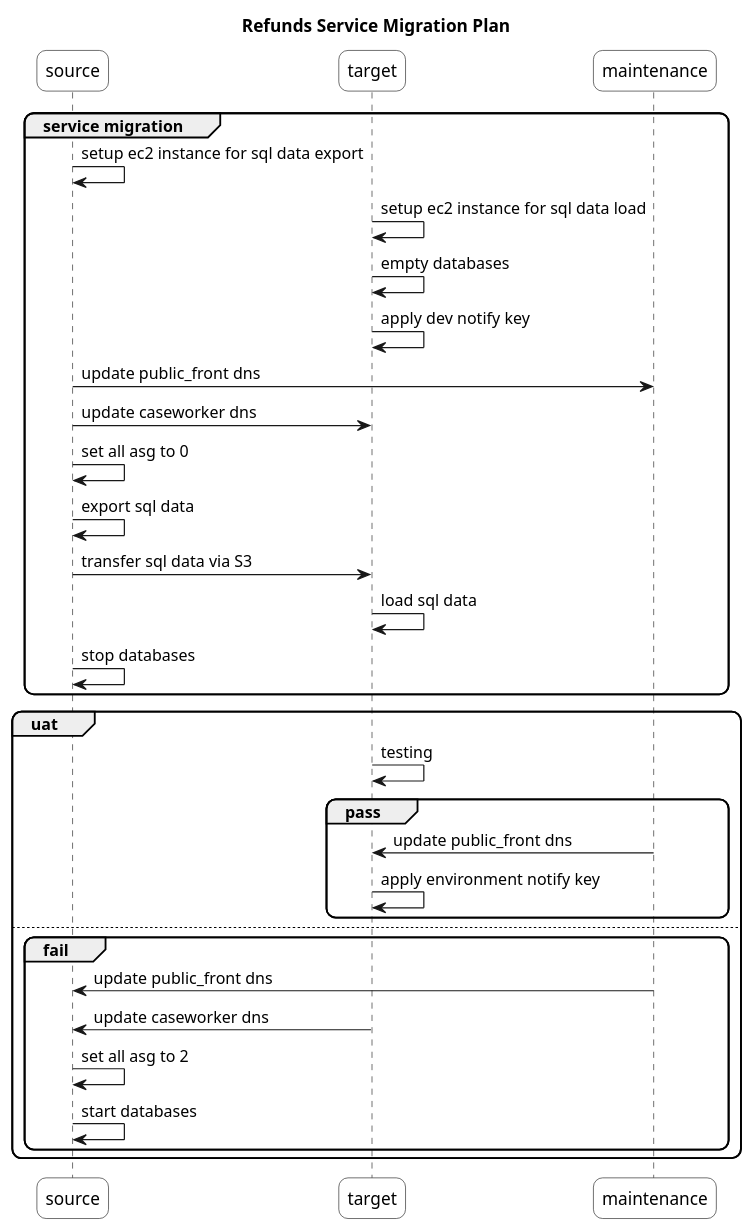
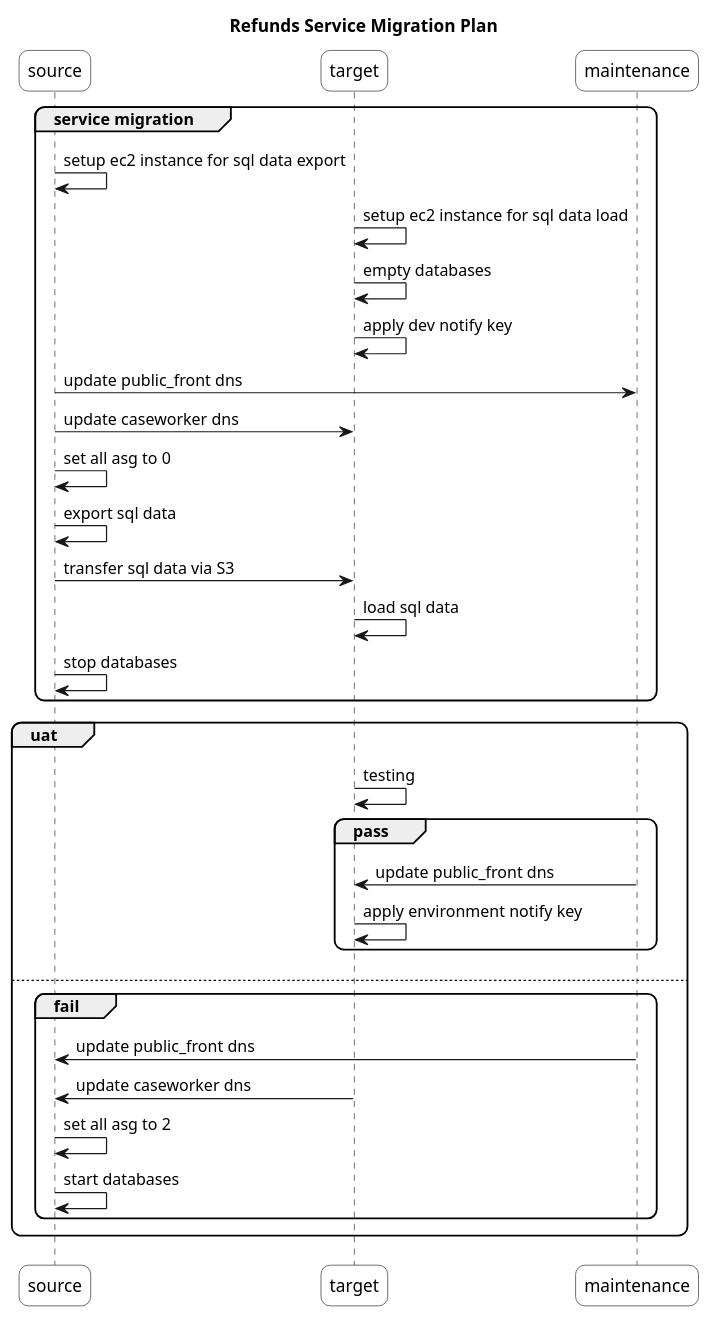
Before and after one commit to ministryofjustice/opg-refunds: the diagram in migration/migration.puml, drawn with PlantUML.

Commit message:
use pragma layout engine

```diff
--- a/migration/migration.puml
+++ b/migration/migration.puml
@@ -1,35 +1,36 @@
 @startuml
+!pragma teoz true
 skinparam RoundCorner 15
 skinparam ParticipantBackgroundColor white
 
 title Refunds Service Migration Plan
 group service migration
 
-  source -> source: setup ec2 instance for sql data export
-  target -> target: setup ec2 instance for sql data load
-  target -> target: empty databases
-  target -> target: apply dev notify key
-	source -> maintenance: update public_front dns
-  source -> target: update caseworker dns
-  source -> source: set all asg to 0
-  source -> source: export sql data
-  source -> target: transfer sql data via S3
-  target -> target: load sql data
-  source -> source: stop databases
+  source -> source : setup ec2 instance for sql data export
+  target -> target : setup ec2 instance for sql data load
+  target -> target : empty databases
+  target -> target : apply dev notify key
+	source -> maintenance : update public_front dns
+  source -> target : update caseworker dns
+  source -> source : set all asg to 0
+  source -> source : export sql data
+  source -> target : transfer sql data via S3
+  target -> target : load sql data
+  source -> source : stop databases
 end
 group uat
-  target -> target: testing
+  target -> target : testing
   group pass
-    maintenance -> target: update public_front dns
-    target -> target: apply environment notify key
+    maintenance -> target : update public_front dns
+    target -> target : apply environment notify key
 	end
 else
   group fail
-    maintenance -> source: update public_front dns
-    target -> source: update caseworker dns
-    source -> source: set all asg to 2
-    source -> source: start databases
+    maintenance -> source : update public_front dns
+    target -> source : update caseworker dns
+    source -> source : set all asg to 2
+    source -> source : start databases
   end
 end
 
 @enduml
```
